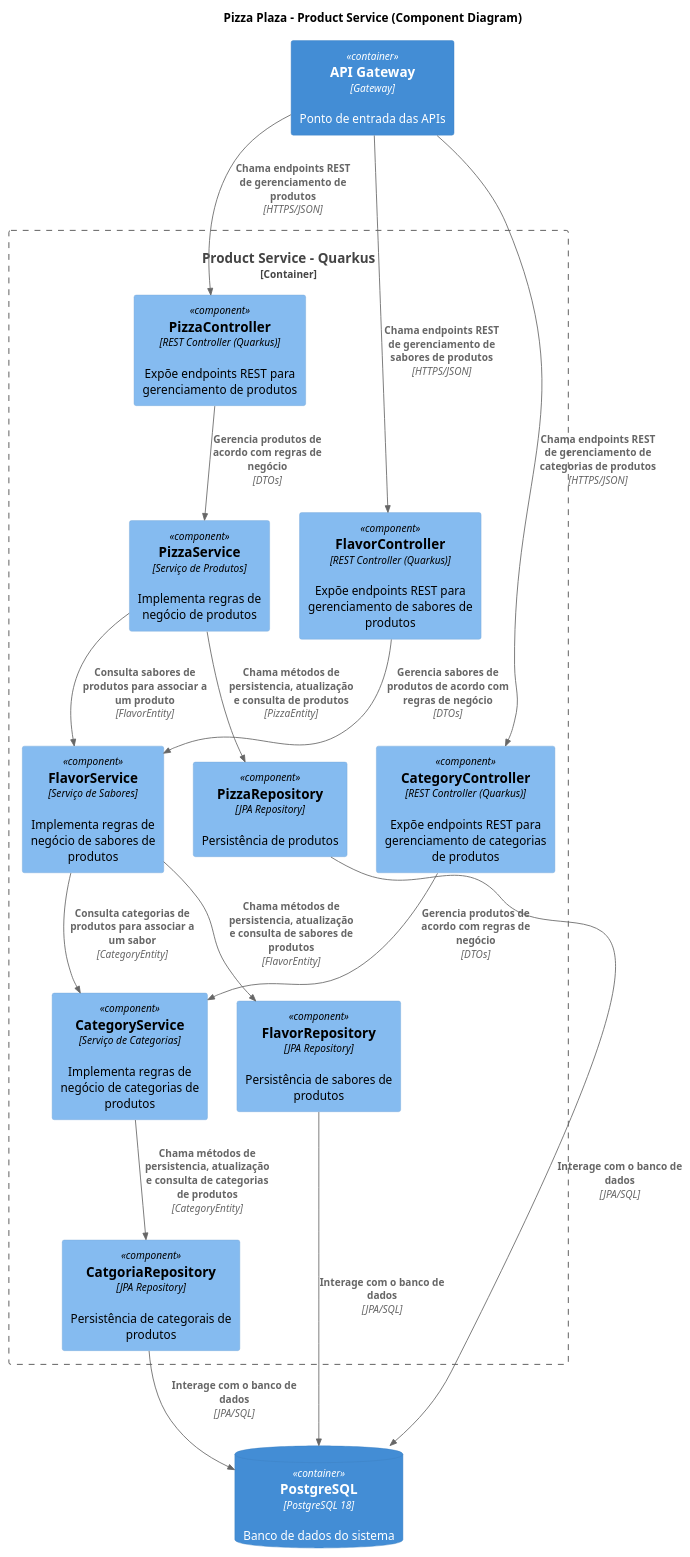
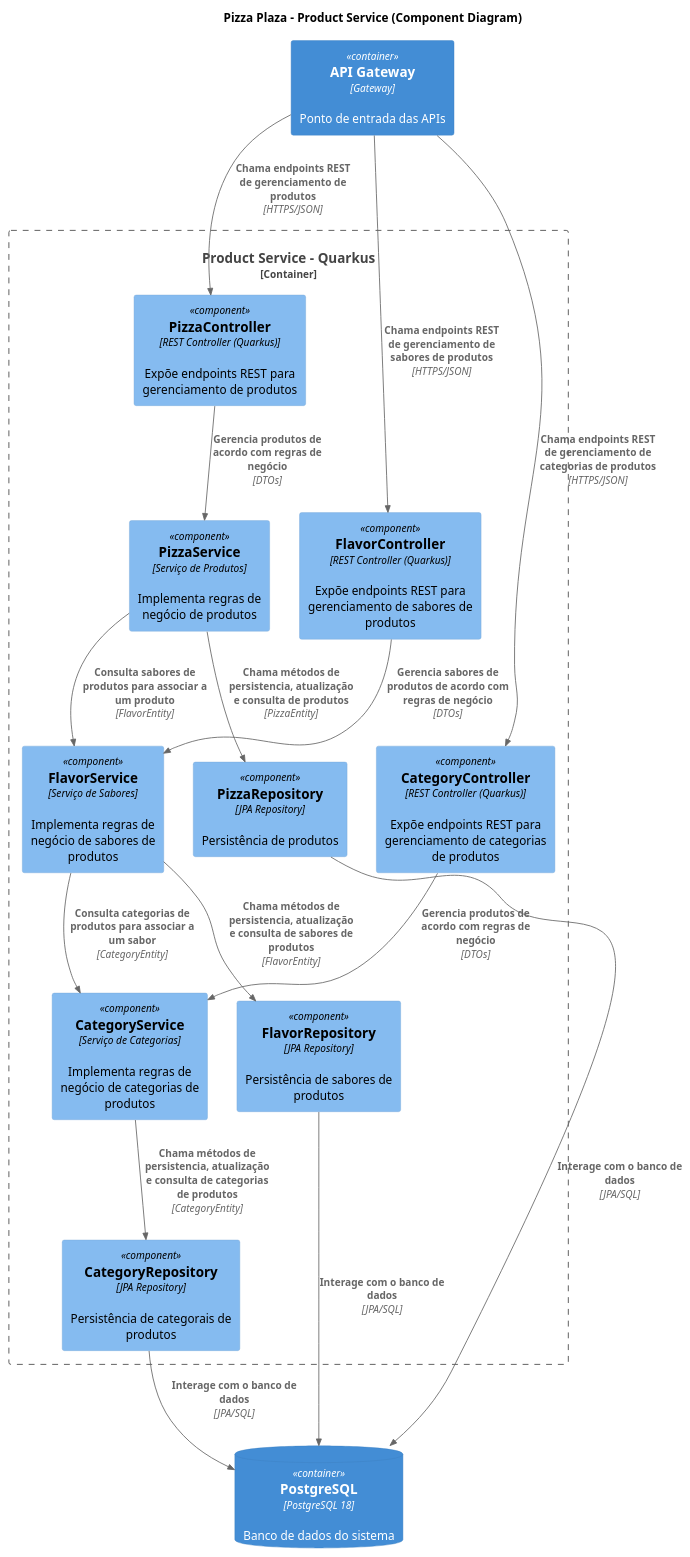
One commit to Luis-Fernando-Pereira/pizzaplaza changed the diagram in docs/c4/Components/product_service.puml. Above: the diagram before and after it, drawn with PlantUML.

Commit message:
Ajuste na documentação de product_service.puml

```diff
--- a/docs/c4/Components/product_service.puml
+++ b/docs/c4/Components/product_service.puml
@@ -1,52 +1,52 @@
 @startuml C4_Component_ProductService
 !include https://raw.githubusercontent.com/plantuml-stdlib/C4-PlantUML/master/C4_Component.puml
 
 title Pizza Plaza - Product Service (Component Diagram)
 
 Container(api_gateway, "API Gateway", "Gateway", "Ponto de entrada das APIs")
 
-Container_Boundary(product_microsservice, "Product Service - Quarkus") {
+Container_Boundary(product_microservice, "Product Service - Quarkus") {
 
     Component(pizza_controller, "PizzaController", "REST Controller (Quarkus)","Expõe endpoints REST para gerenciamento de produtos")
 
     Component(flavor_controller, "FlavorController", "REST Controller (Quarkus)","Expõe endpoints REST para gerenciamento de sabores de produtos")
     Component(flavor_service, "FlavorService", "Serviço de Sabores","Implementa regras de negócio de sabores de produtos")
     Component(flavor_repository, "FlavorRepository", "JPA Repository","Persistência de sabores de produtos")
 
     Component(category_controller, "CategoryController", "REST Controller (Quarkus)", "Expõe endpoints REST para gerenciamento de categorias de produtos")
 
     Component(pizza_service, "PizzaService", "Serviço de Produtos","Implementa regras de negócio de produtos")
 
     Component(category_service, "CategoryService", "Serviço de Categorias","Implementa regras de negócio de categorias de produtos")
 
     Component(pizza_repository, "PizzaRepository", "JPA Repository","Persistência de produtos")
 
-    Component(categoria_repository, "CatgoriaRepository", "JPA Repository","Persistência de categorais de produtos")
+    Component(category_repository, "CategoryRepository", "JPA Repository","Persistência de categorais de produtos")
 
 }
 
 ContainerDb(database, "PostgreSQL", "PostgreSQL 18", "Banco de dados do sistema")
 
 Rel(api_gateway, flavor_controller, "Chama endpoints REST de gerenciamento de sabores de produtos", "HTTPS/JSON")
 Rel(flavor_controller, flavor_service, "Gerencia sabores de produtos de acordo com regras de negócio", "DTOs")
 Rel(flavor_service, flavor_repository, "Chama métodos de persistencia, atualização e consulta de sabores de produtos", "FlavorEntity")
 Rel(flavor_repository, database, "Interage com o banco de dados", "JPA/SQL")
 
 Rel(flavor_service, category_service, "Consulta categorias de produtos para associar a um sabor", "CategoryEntity")
 
 Rel(api_gateway, pizza_controller, "Chama endpoints REST de gerenciamento de produtos", "HTTPS/JSON")
 Rel(pizza_service, flavor_service, "Consulta sabores de produtos para associar a um produto", "FlavorEntity")
 
 Rel(api_gateway, category_controller, "Chama endpoints REST de gerenciamento de categorias de produtos", "HTTPS/JSON")
 
 Rel(pizza_controller, pizza_service, "Gerencia produtos de acordo com regras de negócio", "DTOs")
 Rel(category_controller, category_service, "Gerencia produtos de acordo com regras de negócio", "DTOs")
 
-Rel(category_service, categoria_repository, "Chama métodos de persistencia, atualização e consulta de categorias de produtos", "CategoryEntity")
+Rel(category_service, category_repository, "Chama métodos de persistencia, atualização e consulta de categorias de produtos", "CategoryEntity")
 Rel(pizza_service, pizza_repository, "Chama métodos de persistencia, atualização e consulta de produtos", "PizzaEntity")
 
-Rel(categoria_repository, database, "Interage com o banco de dados", "JPA/SQL")
+Rel(category_repository, database, "Interage com o banco de dados", "JPA/SQL")
 Rel(pizza_repository, database, "Interage com o banco de dados", "JPA/SQL")
 
 
 @enduml
```
